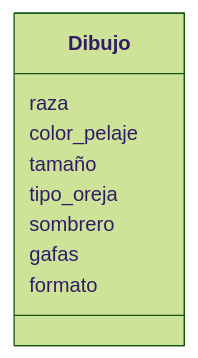
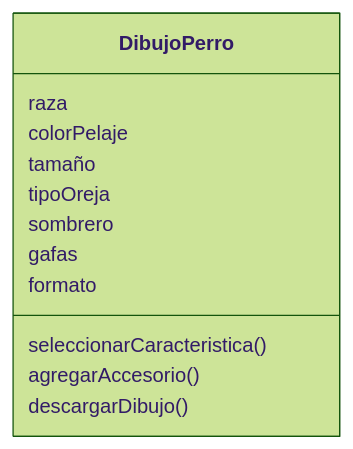
Before and after one commit to PatoAparicio/psg-oop-2025: the diagram in retos_sesion_01/ejercicio_03.md, drawn with Mermaid (forest theme). The commit also changed other lines of this file and 2 other files, not shown here.

````diff
--- a/retos_sesion_01/ejercicio_03.md
+++ b/retos_sesion_01/ejercicio_03.md
@@ -45,12 +46,15 @@
 ```mermaid
 classDiagram
-class Dibujo {
+class DibujoPerro {
     raza
-    color_pelaje
+    colorPelaje
     tamaño
-    tipo_oreja
+    tipoOreja
     sombrero 
     gafas
-    formato  
+    formato   
+    seleccionarCaracteristica()
+    agregarAccesorio()
+    descargarDibujo()  
     }
 ```
````
